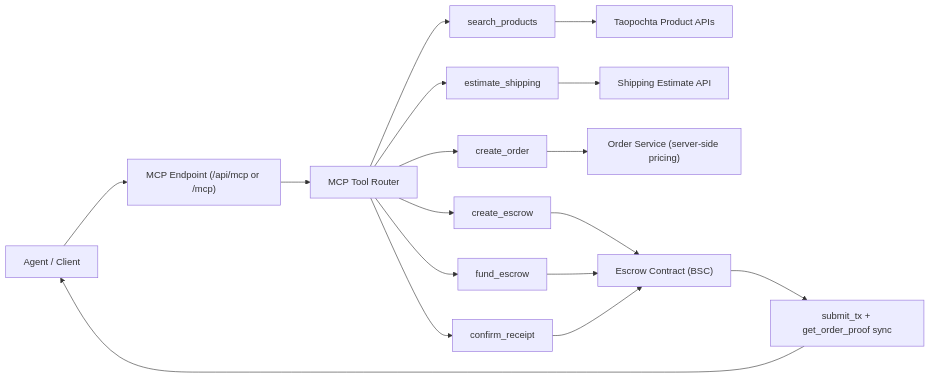
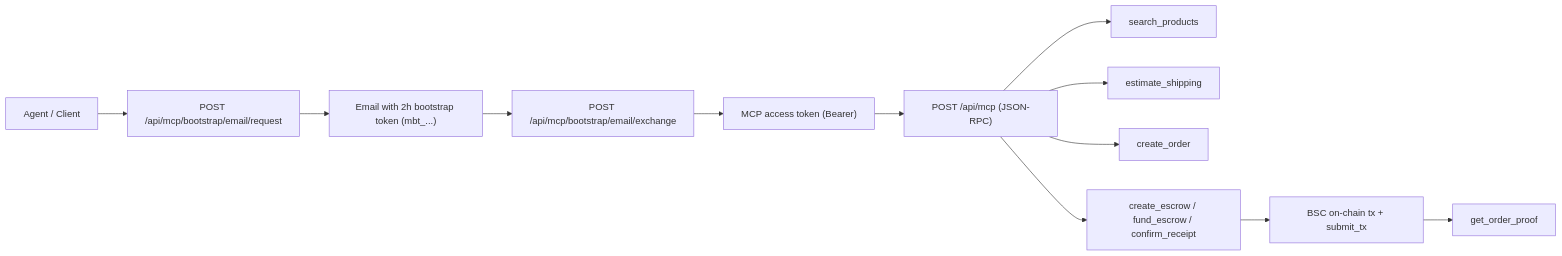
Before and after one commit to uniteonline/taopochta-agent-mcp: the diagram in README.md, drawn with Mermaid. The commit also changed other lines of this file and 5 other files, not shown here.

Commit message:
refactor(auth): remove legacy client credentials mode; keep bootstrap email token flow only

````diff
--- a/README.md
+++ b/README.md
@@ -29,19 +27,14 @@
 ```mermaid
 flowchart LR
-  A["Agent / Client"] --> B["MCP Endpoint (/api/mcp or /mcp)"]
-  B --> C["MCP Tool Router"]
-  C --> D["search_products"]
-  C --> E["estimate_shipping"]
-  C --> F["create_order"]
-  C --> G["create_escrow"]
-  C --> H["fund_escrow"]
-  C --> I["confirm_receipt"]
-  D --> J["Taopochta Product APIs"]
-  E --> K["Shipping Estimate API"]
-  F --> L["Order Service (server-side pricing)"]
-  G --> M["Escrow Contract (BSC)"]
-  H --> M
-  I --> M
-  M --> N["submit_tx + get_order_proof sync"]
-  N --> A
+  A["Agent / Client"] --> B["POST /api/mcp/bootstrap/email/request"]
+  B --> C["Email with 2h bootstrap token (mbt_...)"]
+  C --> D["POST /api/mcp/bootstrap/email/exchange"]
+  D --> E["MCP access token (Bearer)"]
+  E --> F["POST /api/mcp (JSON-RPC)"]
+  F --> G["search_products"]
+  F --> H["estimate_shipping"]
+  F --> I["create_order"]
+  F --> J["create_escrow / fund_escrow / confirm_receipt"]
+  J --> K["BSC on-chain tx + submit_tx"]
+  K --> L["get_order_proof"]
 ```
````
